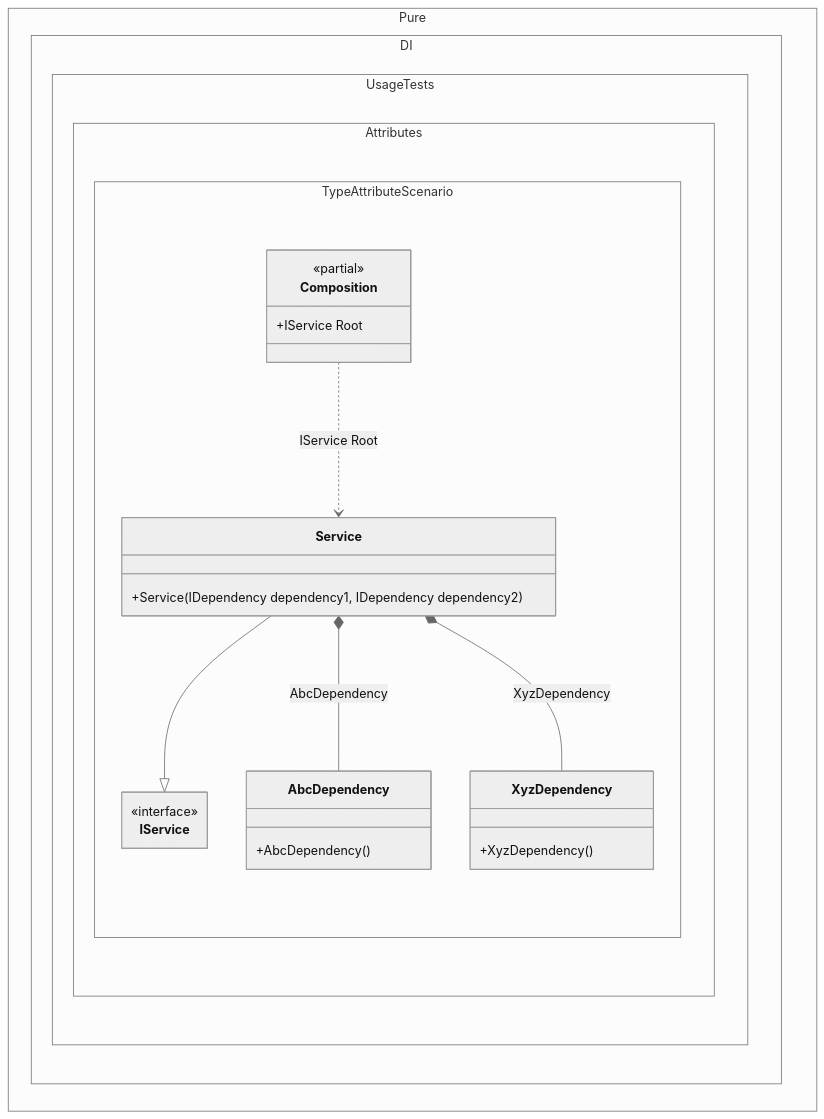
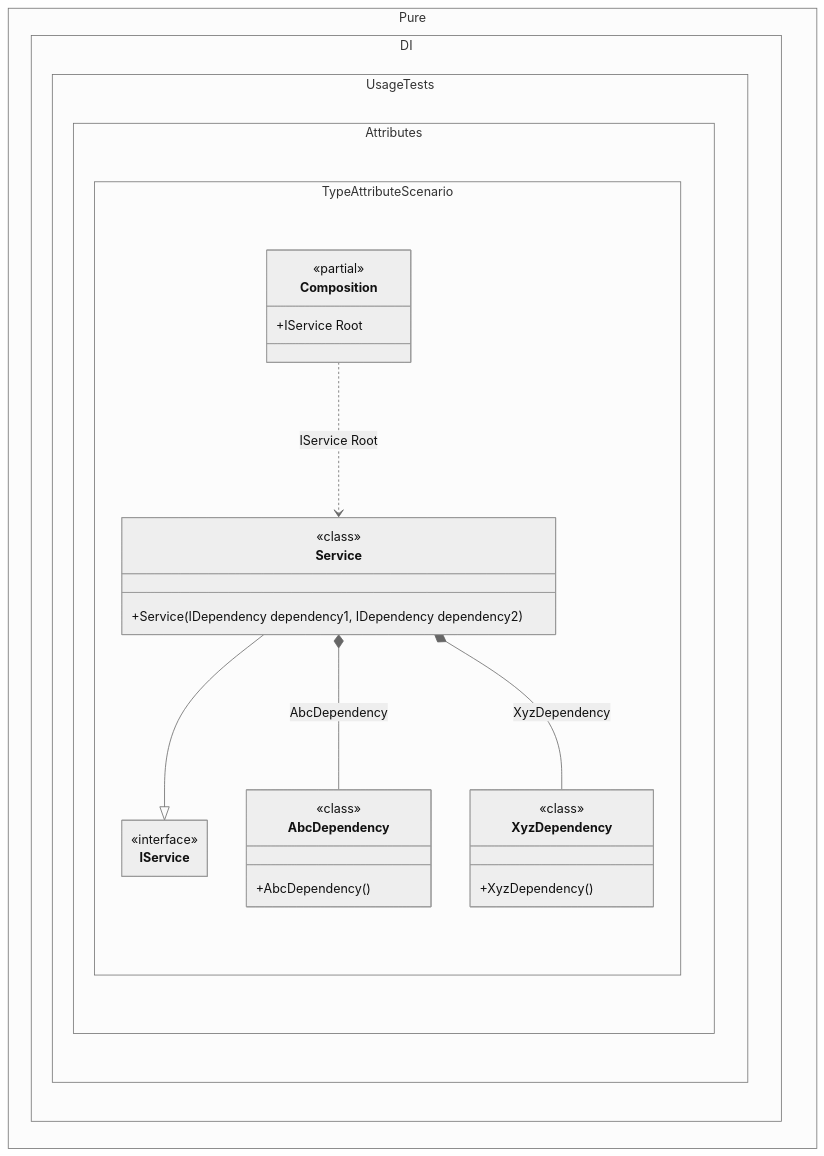
Before and after one commit to DevTeam/Pure.DI: the diagram in readme/type-attribute.md, drawn with Mermaid (neutral theme). The commit also changed 145 other files, not shown here.

````diff
--- a/readme/type-attribute.md
+++ b/readme/type-attribute.md
@@ -105,30 +105,35 @@
 ```mermaid
 ---
  config:
+  maxTextSize: 2147483647
+  maxEdges: 2147483647
   class:
    hideEmptyMembersBox: true
 ---
 classDiagram
 	Service --|> IService
 	Composition ..> Service : IService Root
 	Service *--  AbcDependency : AbcDependency
 	Service *--  XyzDependency : XyzDependency
 	namespace Pure.DI.UsageTests.Attributes.TypeAttributeScenario {
 		class AbcDependency {
+				<<class>>
 			+AbcDependency()
 		}
 		class Composition {
 		<<partial>>
 		+IService Root
 		}
 		class IService {
 			<<interface>>
 		}
 		class Service {
+				<<class>>
 			+Service(IDependency dependency1, IDependency dependency2)
 		}
 		class XyzDependency {
+				<<class>>
 			+XyzDependency()
 		}
 	}
 ```
````
